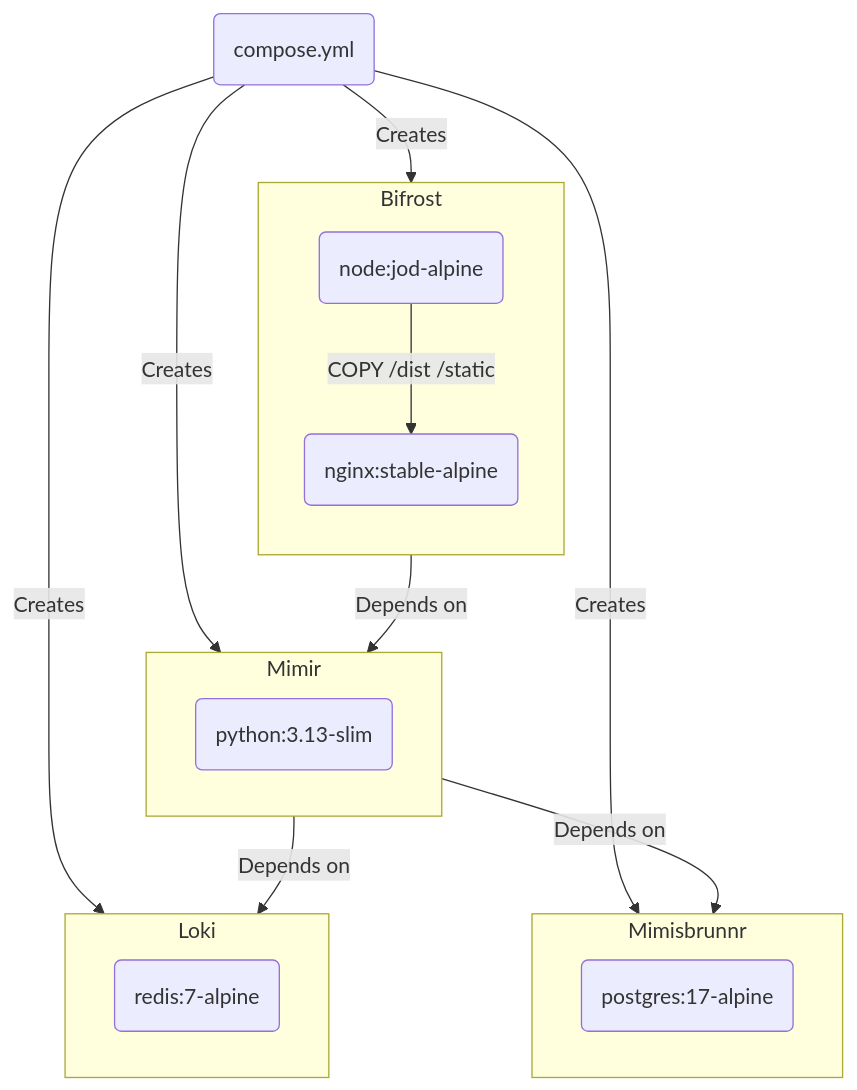
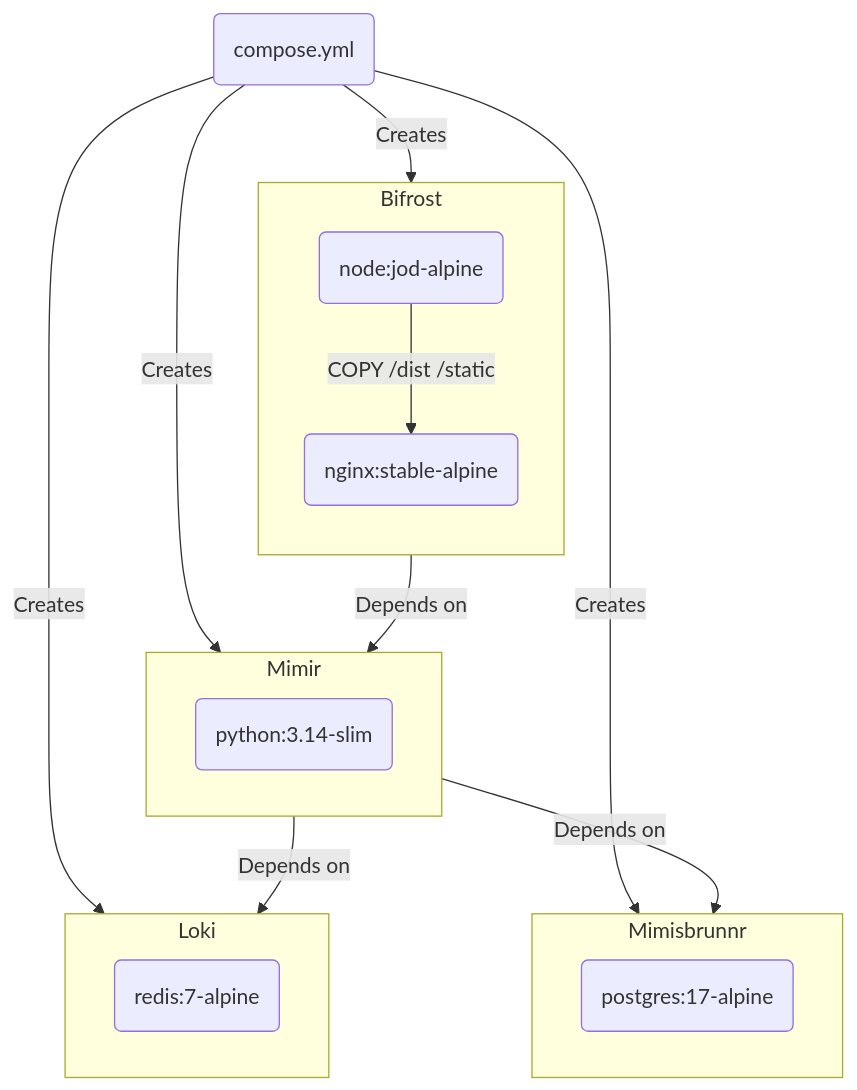
The first of 3 diagrams in README.md (matthew-shaw/conflux), drawn with Mermaid before and after one commit. The commit also changed 5 other files, not shown here.

````diff
--- a/README.md
+++ b/README.md
@@ -78,30 +78,30 @@
 ```mermaid
 flowchart TB
     compose(compose.yml)
     nginx(nginx:stable-alpine)
     node(node:jod-alpine)
     postgres(postgres:17-alpine)
-    python(python:3.13-slim)
+    python(python:3.14-slim)
     redis(redis:7-alpine)
 
     compose -- Creates --> Mimir & Loki & Bifrost & Mimisbrunnr
     Mimir -- Depends on --> Loki & Mimisbrunnr
     Bifrost -- Depends on --> Mimir
 
     subgraph Bifrost
         direction TB
         node -- COPY /dist /static --> nginx
     end
 
     subgraph Mimir
         python
     end
 
     subgraph Mimisbrunnr
         postgres
     end
 
     subgraph Loki
         redis
     end
 ```
````
